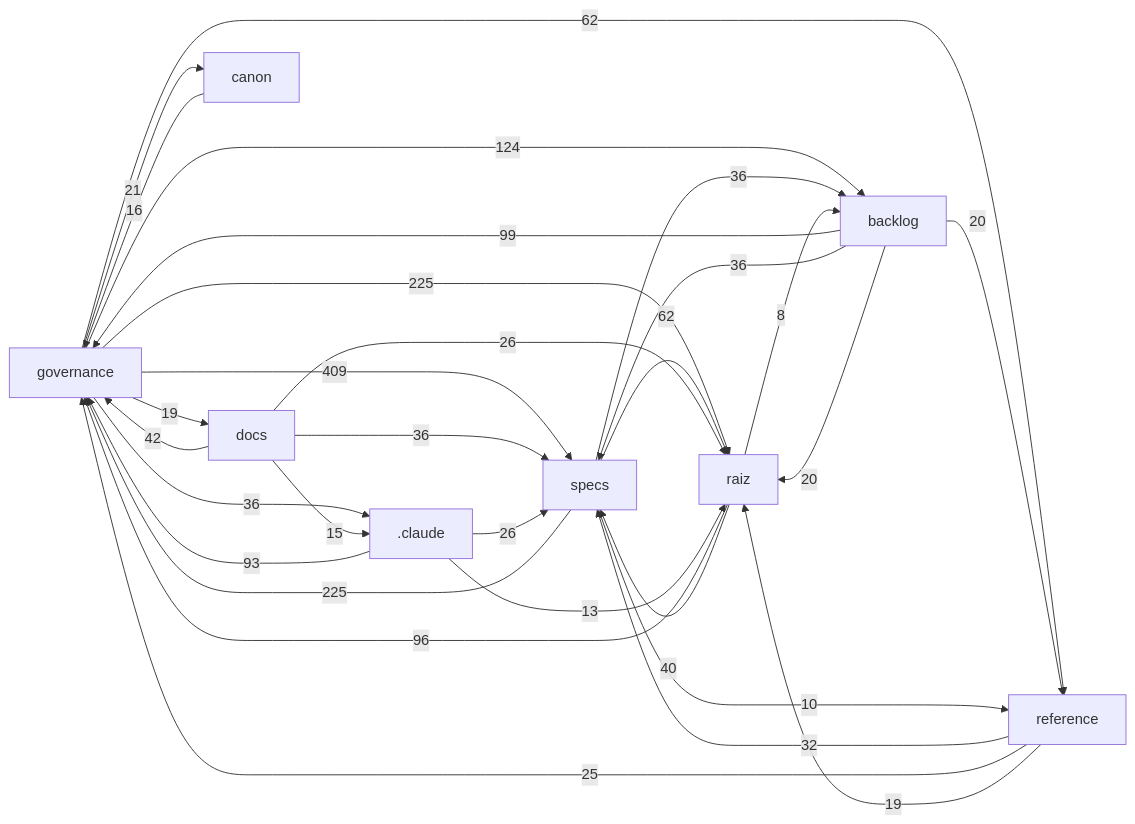
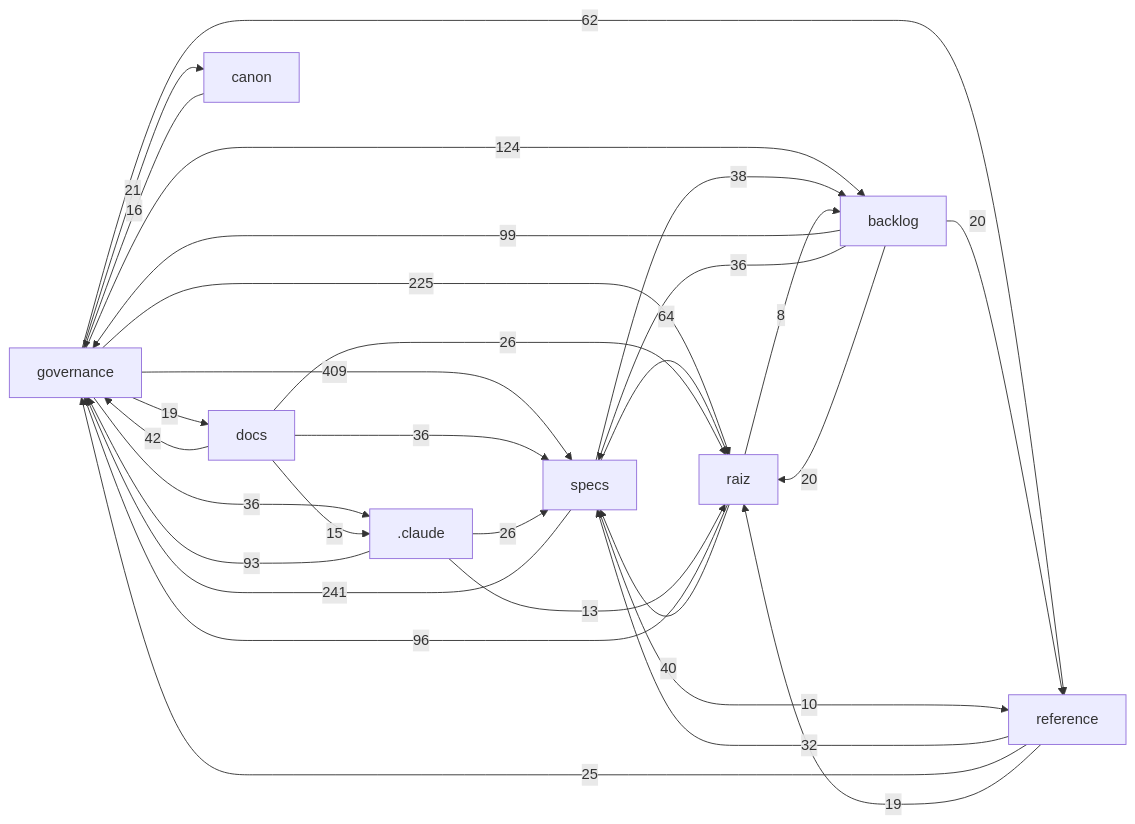
The diagram in docs/mapa/MAPA-PROJETO.md (Andraus35/Sistema-Operacional-de-Trading--SOT), drawn with Mermaid before and after one commit. The commit also changed other lines of this file and 12 other files, not shown here.

````diff
--- a/docs/mapa/MAPA-PROJETO.md
+++ b/docs/mapa/MAPA-PROJETO.md
@@ -29,32 +30,32 @@
 ```mermaid
 flowchart LR
   governance["governance"] -->|409| specs["specs"]
+  specs["specs"] -->|241| governance["governance"]
   governance["governance"] -->|225| raiz["raiz"]
-  specs["specs"] -->|225| governance["governance"]
   governance["governance"] -->|124| backlog["backlog"]
   backlog["backlog"] -->|99| governance["governance"]
   raiz["raiz"] -->|96| governance["governance"]
   _claude[".claude"] -->|93| governance["governance"]
+  specs["specs"] -->|64| raiz["raiz"]
   governance["governance"] -->|62| reference["reference"]
-  specs["specs"] -->|62| raiz["raiz"]
   docs["docs"] -->|42| governance["governance"]
   raiz["raiz"] -->|40| specs["specs"]
+  specs["specs"] -->|38| backlog["backlog"]
   backlog["backlog"] -->|36| specs["specs"]
   docs["docs"] -->|36| specs["specs"]
   governance["governance"] -->|36| _claude[".claude"]
-  specs["specs"] -->|36| backlog["backlog"]
   reference["reference"] -->|32| specs["specs"]
   _claude[".claude"] -->|26| specs["specs"]
   docs["docs"] -->|26| raiz["raiz"]
   reference["reference"] -->|25| governance["governance"]
   governance["governance"] -->|21| canon["canon"]
   backlog["backlog"] -->|20| raiz["raiz"]
   backlog["backlog"] -->|20| reference["reference"]
   governance["governance"] -->|19| docs["docs"]
   reference["reference"] -->|19| raiz["raiz"]
   canon["canon"] -->|16| governance["governance"]
   docs["docs"] -->|15| _claude[".claude"]
   _claude[".claude"] -->|13| raiz["raiz"]
   specs["specs"] -->|10| reference["reference"]
   raiz["raiz"] -->|8| backlog["backlog"]
 ```
````
